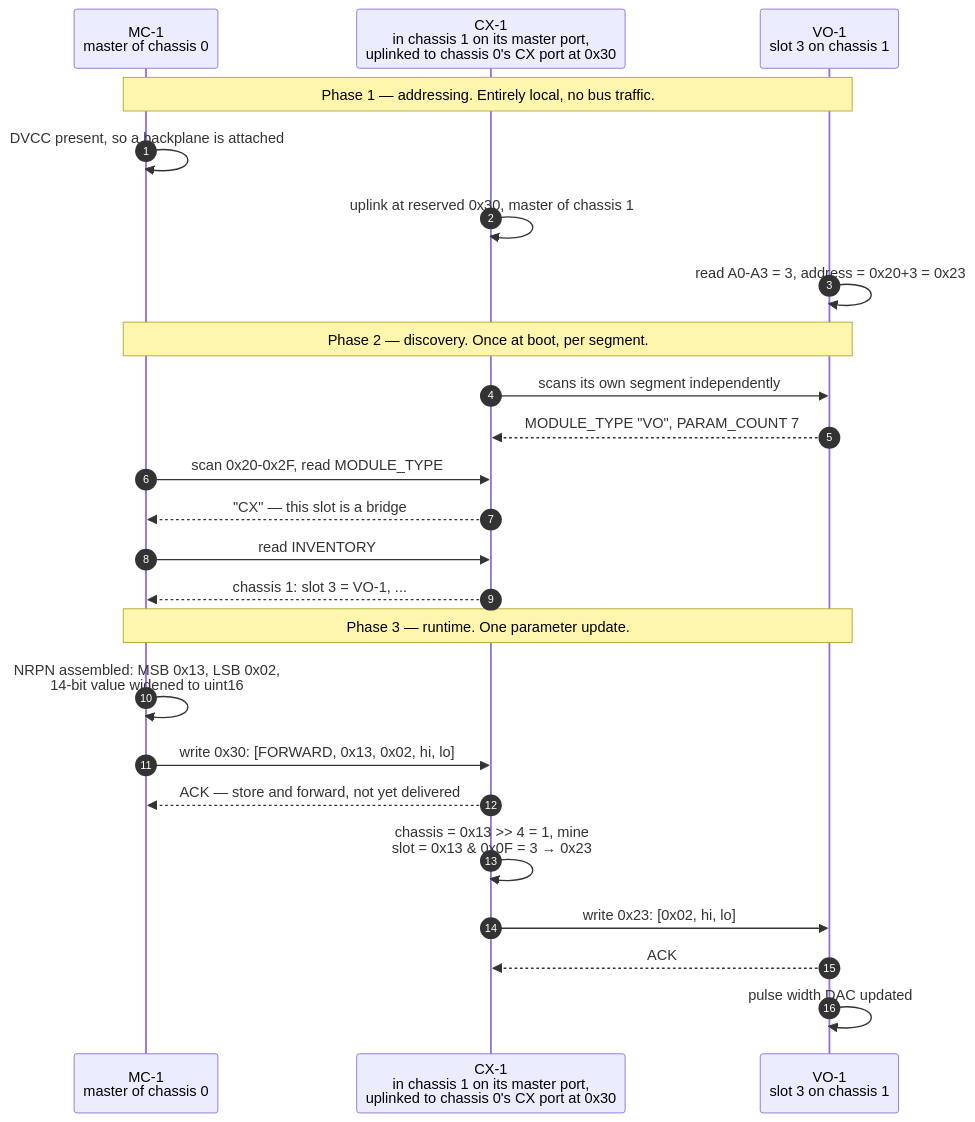
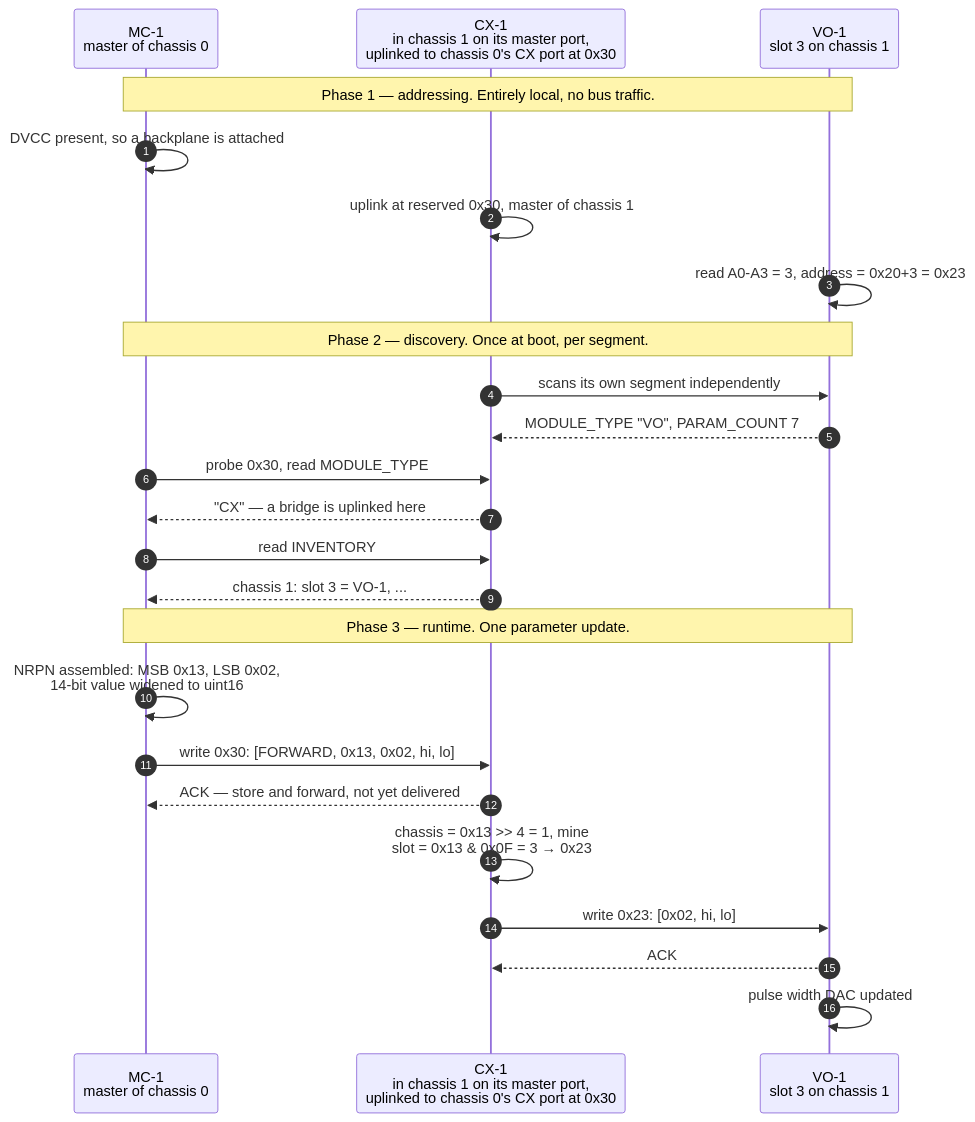
The second of 3 diagrams in BUS.md (rvodden/fluxtron), drawn with Mermaid before and after one commit. The commit also changed other lines of this file and 2 other files, not shown here.

First line of the commit message:
Consistency sweep across BUS.md and the module open-item lists

````diff
--- a/BUS.md
+++ b/BUS.md
@@ -512,29 +512,29 @@
 ```mermaid
 sequenceDiagram
     autonumber
     participant MC1 as MC-1<br/>master of chassis 0
     participant CX1 as CX-1<br/>in chassis 1 on its master port,<br/>uplinked to chassis 0's CX port at 0x30
     participant VO1 as VO-1<br/>slot 3 on chassis 1
 
     Note over MC1,VO1: Phase 1 — addressing. Entirely local, no bus traffic.
     MC1->>MC1: DVCC present, so a backplane is attached
     CX1->>CX1: uplink at reserved 0x30, master of chassis 1
     VO1->>VO1: read A0-A3 = 3, address = 0x20+3 = 0x23
 
     Note over MC1,VO1: Phase 2 — discovery. Once at boot, per segment.
     CX1->>VO1: scans its own segment independently
     VO1-->>CX1: MODULE_TYPE "VO", PARAM_COUNT 7
-    MC1->>CX1: scan 0x20-0x2F, read MODULE_TYPE
-    CX1-->>MC1: "CX" — this slot is a bridge
+    MC1->>CX1: probe 0x30, read MODULE_TYPE
+    CX1-->>MC1: "CX" — a bridge is uplinked here
     MC1->>CX1: read INVENTORY
     CX1-->>MC1: chassis 1: slot 3 = VO-1, ...
 
     Note over MC1,VO1: Phase 3 — runtime. One parameter update.
     MC1->>MC1: NRPN assembled: MSB 0x13, LSB 0x02,<br/>14-bit value widened to uint16
     MC1->>CX1: write 0x30: [FORWARD, 0x13, 0x02, hi, lo]
     CX1-->>MC1: ACK — store and forward, not yet delivered
     CX1->>CX1: chassis = 0x13 >> 4 = 1, mine<br/>slot = 0x13 & 0x0F = 3 → 0x23
     CX1->>VO1: write 0x23: [0x02, hi, lo]
     VO1-->>CX1: ACK
     VO1->>VO1: pulse width DAC updated
 ```
````
